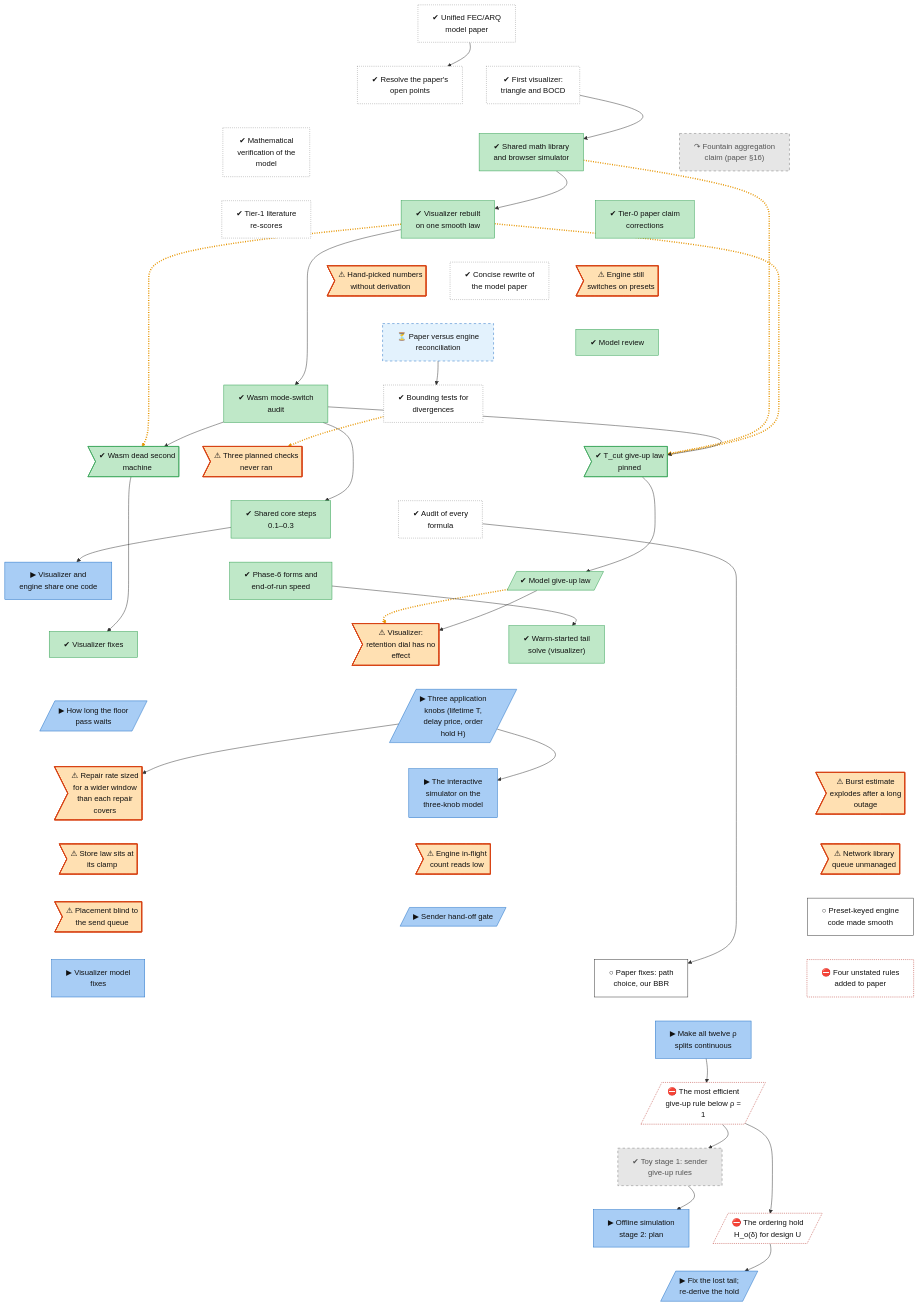
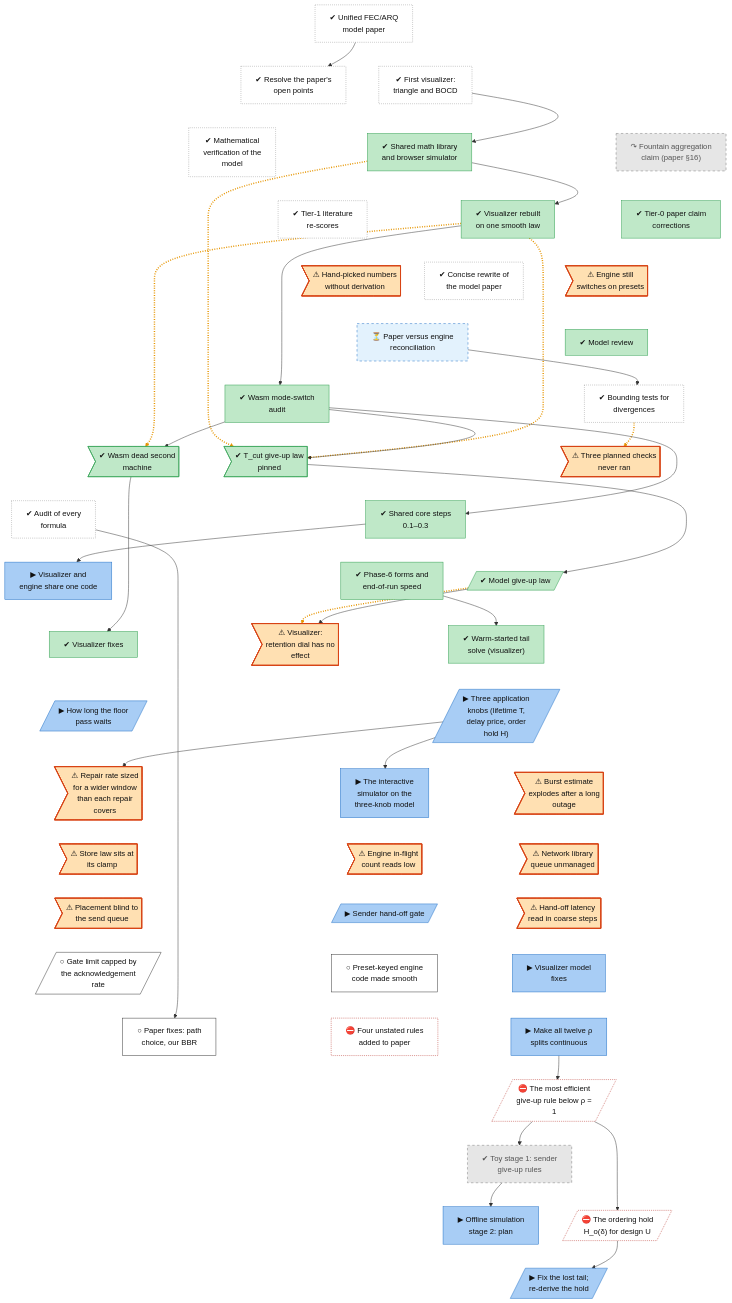
Before and after one commit to lhns/raptorpath: the diagram in docs/roadmap/tracks/model.md, drawn with Mermaid. The commit also changed other lines of this file and 3 other files, not shown here.

Commit message:
roadmap: gate beta-spike derivation (Revision 5 proposed), latency quantizer defect, bursty and CPU corrections

````diff
--- a/docs/roadmap/tracks/model.md
+++ b/docs/roadmap/tracks/model.md
@@ -46,6 +46,8 @@
     model_defect_quinn_queue>"⚠ Network library<br/>queue unmanaged"]
     model_defect_placement_blind>"⚠ Placement blind to<br/>the send queue"]
     model_sender_queue_law[/"▶ Sender hand-off gate"/]
+    model_defect_tau_o_quantized>"⚠ Hand-off latency<br/>read in coarse steps"]
+    model_handoff_rev5[/"○ Gate limit capped by<br/>the acknowledgement<br/>rate"/]
     model_fix_hint_keyed_paths["○ Preset-keyed engine<br/>code made smooth"]
     model_wasm_fixes["▶ Visualizer model<br/>fixes"]
     model_fix_paper_p2["○ Paper fixes: path<br/>choice, our BBR"]
@@ -95,13 +97,15 @@
     model_defect_ge_after_outage ~~~ model_defect_quinn_queue
     model_defect_store_law_constant ~~~ model_defect_placement_blind
     model_defect_inflight_count ~~~ model_sender_queue_law
-    model_defect_quinn_queue ~~~ model_fix_hint_keyed_paths
-    model_defect_placement_blind ~~~ model_wasm_fixes
-    model_sender_queue_law ~~~ model_fix_paper_p2
+    model_defect_quinn_queue ~~~ model_defect_tau_o_quantized
+    model_defect_placement_blind ~~~ model_handoff_rev5
+    model_sender_queue_law ~~~ model_fix_hint_keyed_paths
+    model_defect_tau_o_quantized ~~~ model_wasm_fixes
+    model_handoff_rev5 ~~~ model_fix_paper_p2
     model_fix_hint_keyed_paths ~~~ model_fix_paper_p3
     model_wasm_fixes ~~~ model_rho_step_sites
-    model_fix_paper_p2 ~~~ model_rho_step_sites
-    model_fix_paper_p3 ~~~ model_rho_step_sites
+    model_fix_paper_p2 ~~~ model_skip_rule_efficiency
+    model_fix_paper_p3 ~~~ model_skip_rule_efficiency
     model_rho_step_sites ~~~ model_skip_rule_efficiency
     model_skip_rule_efficiency ~~~ model_toy_stage1
     model_toy_stage1 ~~~ model_toy_stage2_plan
@@ -134,7 +138,7 @@
     model_toy_stage1 --> model_toy_stage2_plan
     model_skip_rule_efficiency --> model_ordering_hold
     model_ordering_hold --> model_tail_and_hold
-    linkStyle 54,56,57,59,66 stroke:#e69500,stroke-width:3px,stroke-dasharray:2 3
+    linkStyle 56,58,59,61,68 stroke:#e69500,stroke-width:3px,stroke-dasharray:2 3
     classDef vsucc fill:#2e9e4f,stroke:#1b6b34,color:#fff
     classDef succ fill:#bfe8c8,stroke:#2e9e4f,color:#111
     classDef mixed fill:#ffd37a,stroke:#c98a00,color:#111
@@ -152,9 +156,9 @@
     class model_paper_v1,model_open_points,model_visualizer_v1,model_math_verification,model_tier1_rescores,model_paper_rewrite,model_bound_tests,model_law_ledger unrated
     class model_wasm_l0,model_vis_continuum,model_tier0_corrections,model_review_37,model_wasm_audit,model_defect_tcut,model_defect_dead_machine,model_shared_core_0,model_endspeed,model_giveup_law,model_viz_fix,model_warm_start succ
     class model_s16_fountain,model_toy_stage1 dead
-    class model_mode_switch_debts,model_open_constants,model_bound_tests_unrun,model_defect_rho_inert,model_defect_rate_vs_span,model_defect_ge_after_outage,model_defect_store_law_constant,model_defect_inflight_count,model_defect_quinn_queue,model_defect_placement_blind finding
+    class model_mode_switch_debts,model_open_constants,model_bound_tests_unrun,model_defect_rho_inert,model_defect_rate_vs_span,model_defect_ge_after_outage,model_defect_store_law_constant,model_defect_inflight_count,model_defect_quinn_queue,model_defect_placement_blind,model_defect_tau_o_quantized finding
     class model_paper_recon waiting
     class model_shared_core,model_floor_hold,model_three_knobs,model_viz_three_knobs,model_sender_queue_law,model_wasm_fixes,model_rho_step_sites,model_toy_stage2_plan,model_tail_and_hold inprog
-    class model_fix_hint_keyed_paths,model_fix_paper_p2 next
+    class model_handoff_rev5,model_fix_hint_keyed_paths,model_fix_paper_p2 next
     class model_fix_paper_p3,model_skip_rule_efficiency,model_ordering_hold blocked
 ```
````
